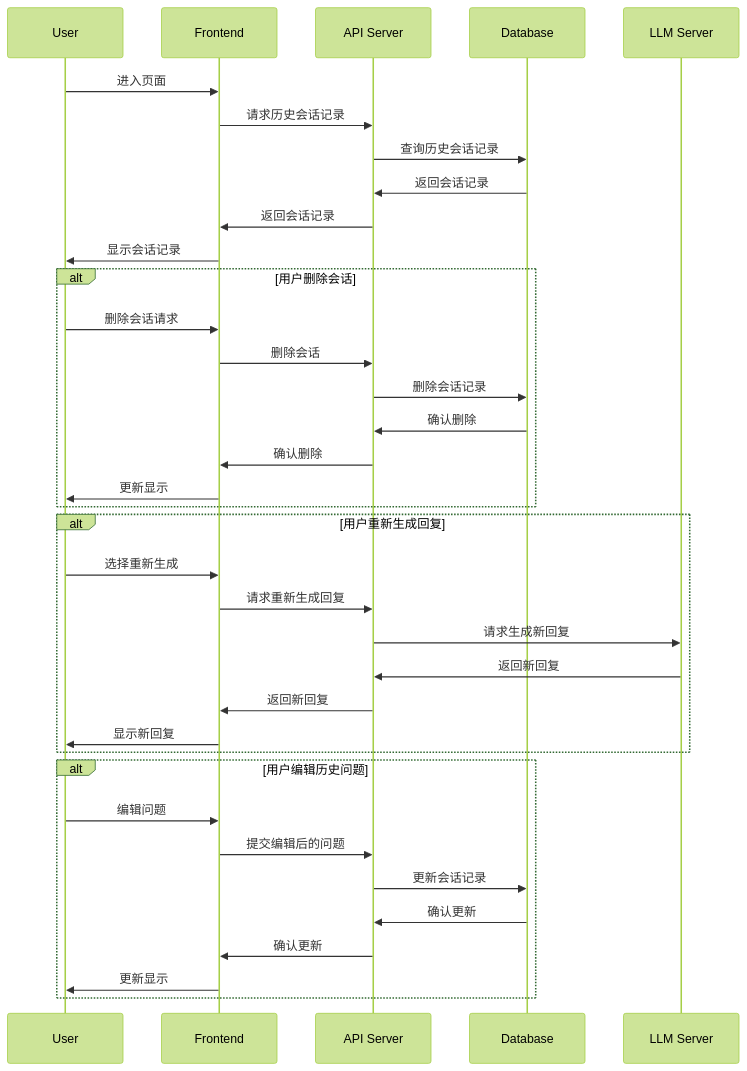
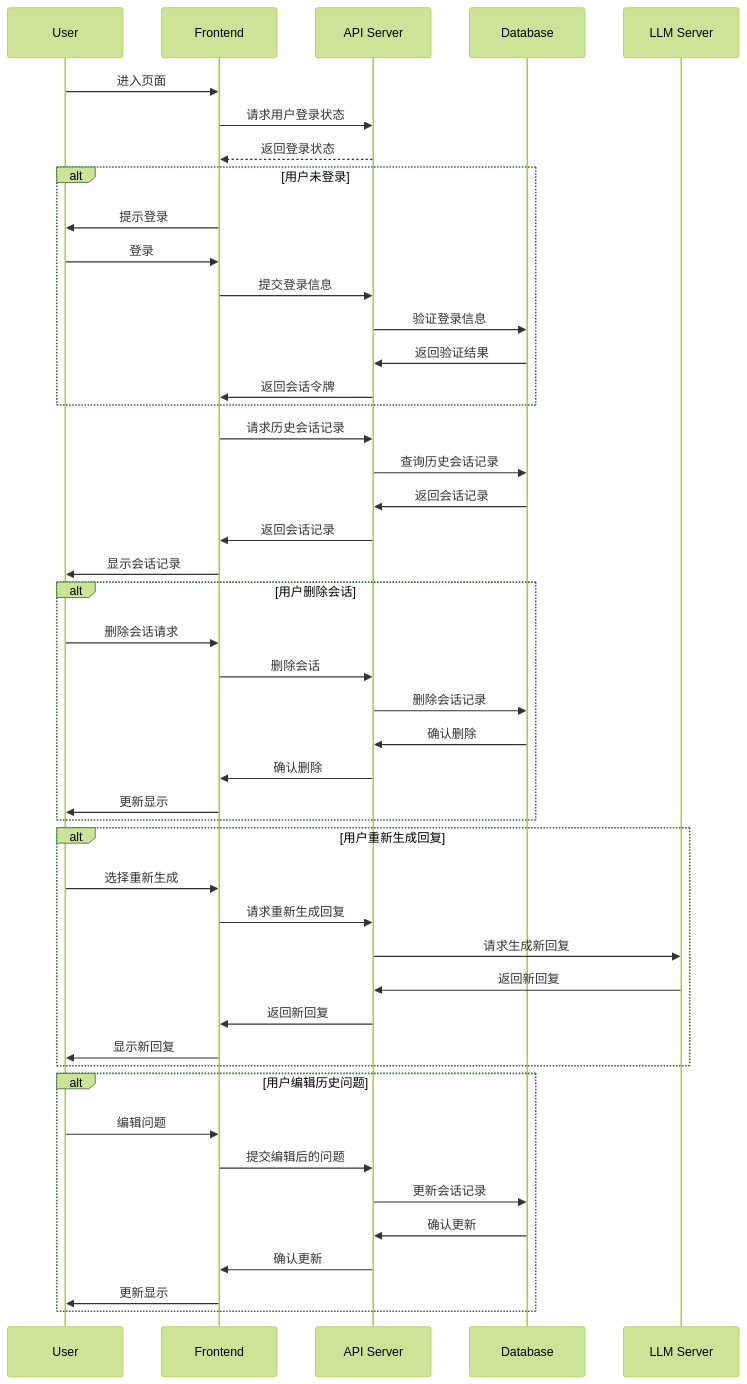
Before and after one commit to yingjianzh/iodraw-files: the diagram in all/未命名-7.md, drawn with Mermaid (forest theme).

Commit message:
2024-10-08 16:47:23 update

````diff
--- a/all/未命名-7.md
+++ b/all/未命名-7.md
@@ -1,42 +1,53 @@
 ```mermaid
 sequenceDiagram
     participant User
     participant Frontend
     participant API Server
     participant Database
 
     User->>Frontend: 进入页面
+    Frontend->>API Server: 请求用户登录状态
+    API Server-->>Frontend: 返回登录状态
+    alt 用户未登录
+        Frontend->>User: 提示登录
+        User->>Frontend: 登录
+        Frontend->>API Server: 提交登录信息
+        API Server->>Database: 验证登录信息
+        Database->>API Server: 返回验证结果
+        API Server->>Frontend: 返回会话令牌
+    end
+
     Frontend->>API Server: 请求历史会话记录
     API Server->>Database: 查询历史会话记录
     Database->>API Server: 返回会话记录
     API Server->>Frontend: 返回会话记录
     Frontend->>User: 显示会话记录
 
     alt 用户删除会话
         User->>Frontend: 删除会话请求
         Frontend->>API Server: 删除会话
         API Server->>Database: 删除会话记录
         Database->>API Server: 确认删除
         API Server->>Frontend: 确认删除
         Frontend->>User: 更新显示
     end
 
     alt 用户重新生成回复
         User->>Frontend: 选择重新生成
         Frontend->>API Server: 请求重新生成回复
         API Server->>LLM Server: 请求生成新回复
         LLM Server->>API Server: 返回新回复
         API Server->>Frontend: 返回新回复
         Frontend->>User: 显示新回复
     end
 
     alt 用户编辑历史问题
         User->>Frontend: 编辑问题
         Frontend->>API Server: 提交编辑后的问题
         API Server->>Database: 更新会话记录
         Database->>API Server: 确认更新
         API Server->>Frontend: 确认更新
         Frontend->>User: 更新显示
     end
 
 ```
````
